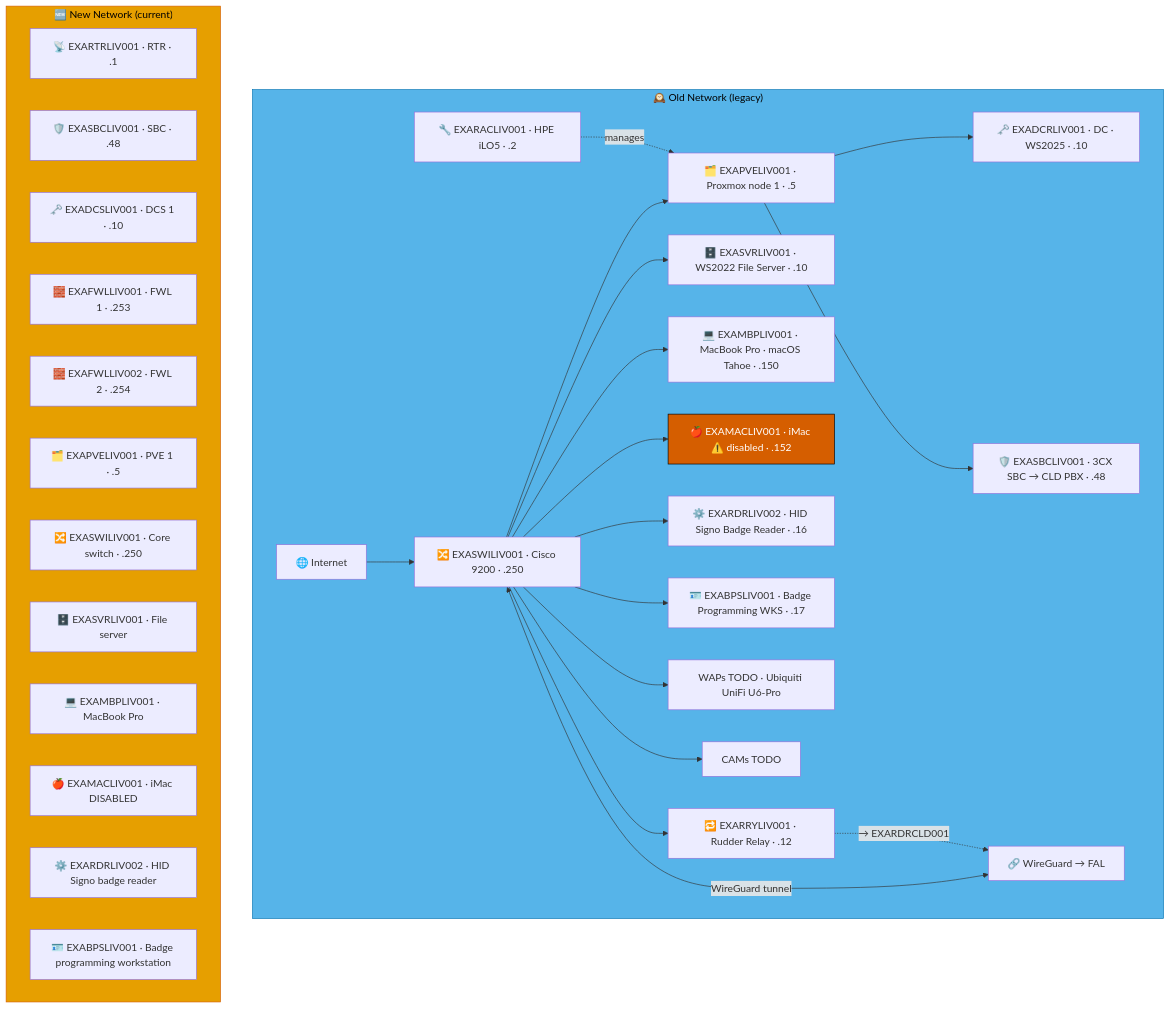
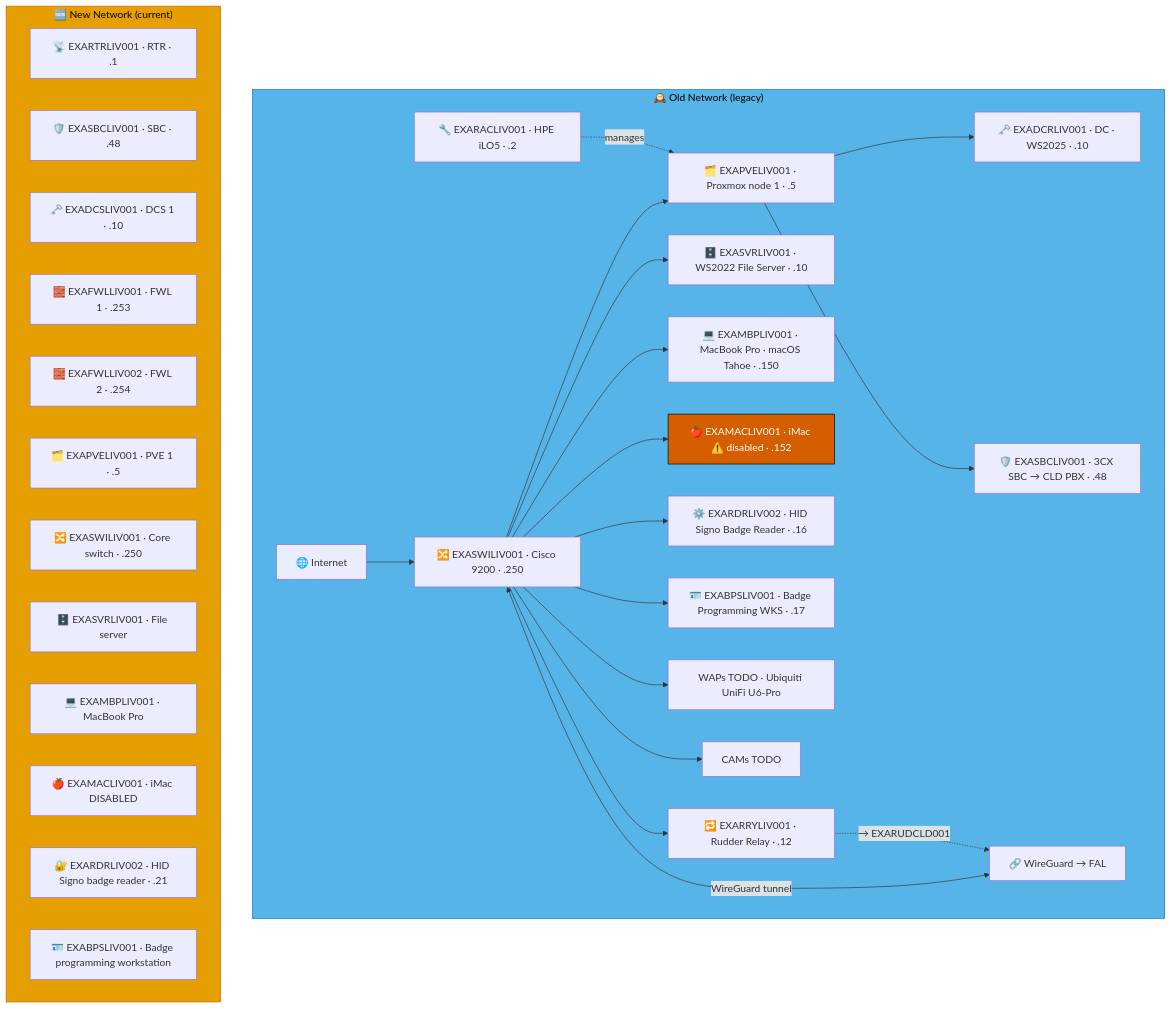
The fourth of 9 diagrams in docs/network-diagram/england.md (knightmare2600/example_music_infra), drawn with Mermaid before and after one commit. The commit also changed other lines of this file and 136 other files, not shown here.

````diff
--- a/docs/network-diagram/england.md
+++ b/docs/network-diagram/england.md
@@ -203,49 +203,49 @@
 ```mermaid
 graph TD
     subgraph OLD_LIV ["🕰️ Old Network (legacy)"]
       INET["🌐 Internet"]
       SW["🔀 EXASWILIV001 · Cisco 9200 · .250"]
       RAC["🔧 EXARACLIV001 · HPE iLO5 · .2"]
       PVE["🗂️ EXAPVELIV001 · Proxmox node 1 · .5"]
       DC["🗝️ EXADCRLIV001 · DC · WS2025 · .10"]
       SBC["🛡️ EXASBCLIV001 · 3CX SBC → CLD PBX · .48"]
       RRY["🔁 EXARRYLIV001 · Rudder Relay · .12"]
       SRV["🗄️ EXASVRLIV001 · WS2022 File Server · .10"]
       MBP["💻 EXAMBPLIV001 · MacBook Pro · macOS Tahoe · .150"]
       MAC["🍎 EXAMACLIV001 · iMac ⚠️ disabled · .152"]
       RDR["⚙️ EXARDRLIV002 · HID Signo Badge Reader · .16"]
       BPS["🪪 EXABPSLIV001 · Badge Programming WKS · .17"]
       WAP["WAPs TODO · Ubiquiti UniFi U6-Pro"]
       CAM["CAMs TODO"]
       VPN["🔗 WireGuard → FAL"]
 
       INET --> SW
       SW --> PVE --> DC & SBC
       RAC -.->|"manages"| PVE
       SW --> SRV & MBP & MAC & RDR & BPS & WAP & CAM
       SW <-->|"WireGuard tunnel"| VPN
 
       SW --> RRY
-      RRY -. "→ EXARDRCLD001" .-> VPN
+      RRY -. "→ EXARUDCLD001" .-> VPN
     end
     style OLD_LIV fill:#56B4E9,stroke:#0072B2,color:#000000
     %% GENERATED:NEW-NETWORK:LIV:START
     subgraph NEW_LIV ["🆕 New Network (current)"]
       N_RTR["📡 EXARTRLIV001 · RTR · .1"]
       N_SBC["🛡️ EXASBCLIV001 · SBC · .48"]
       N_DCS["🗝️ EXADCSLIV001 · DCS 1 · .10"]
       N_FWL["🧱 EXAFWLLIV001 · FWL 1 · .253"]
       N_FWL2["🧱 EXAFWLLIV002 · FWL 2 · .254"]
       N_PVE["🗂️ EXAPVELIV001 · PVE 1 · .5"]
       N_SWI["🔀 EXASWILIV001 · Core switch · .250"]
       N_SVR["🗄️ EXASVRLIV001 · File server"]
       N_MBP["💻 EXAMBPLIV001 · MacBook Pro"]
       N_MAC["🍎 EXAMACLIV001 · iMac DISABLED"]
-      N_RDR["⚙️ EXARDRLIV002 · HID Signo badge reader"]
+      N_RDR["🔐 EXARDRLIV002 · HID Signo badge reader · .21"]
       N_BPS["🪪 EXABPSLIV001 · Badge programming workstation"]
     end
     style NEW_LIV fill:#E69F00,stroke:#D55E00,color:#000000
     %% GENERATED:NEW-NETWORK:LIV:END
     classDef warn fill:#D55E00,stroke:#000000,color:#ffffff
     class MAC warn
 ```
````
